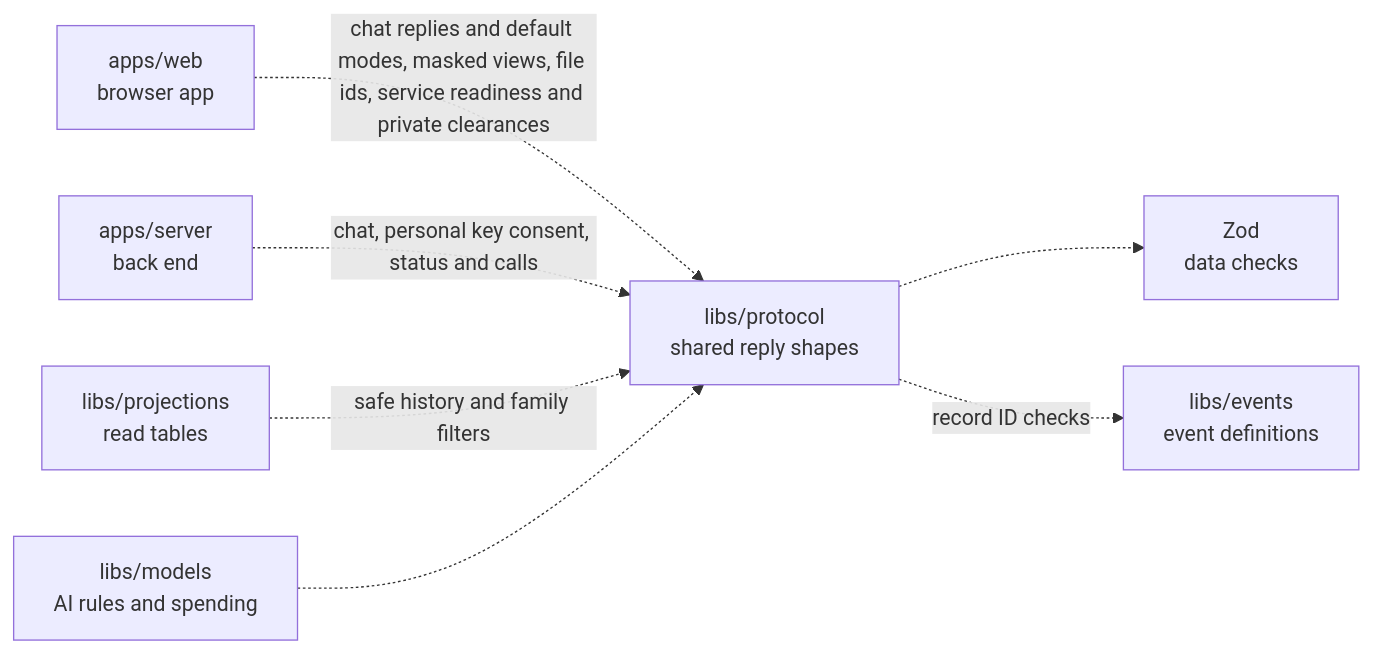
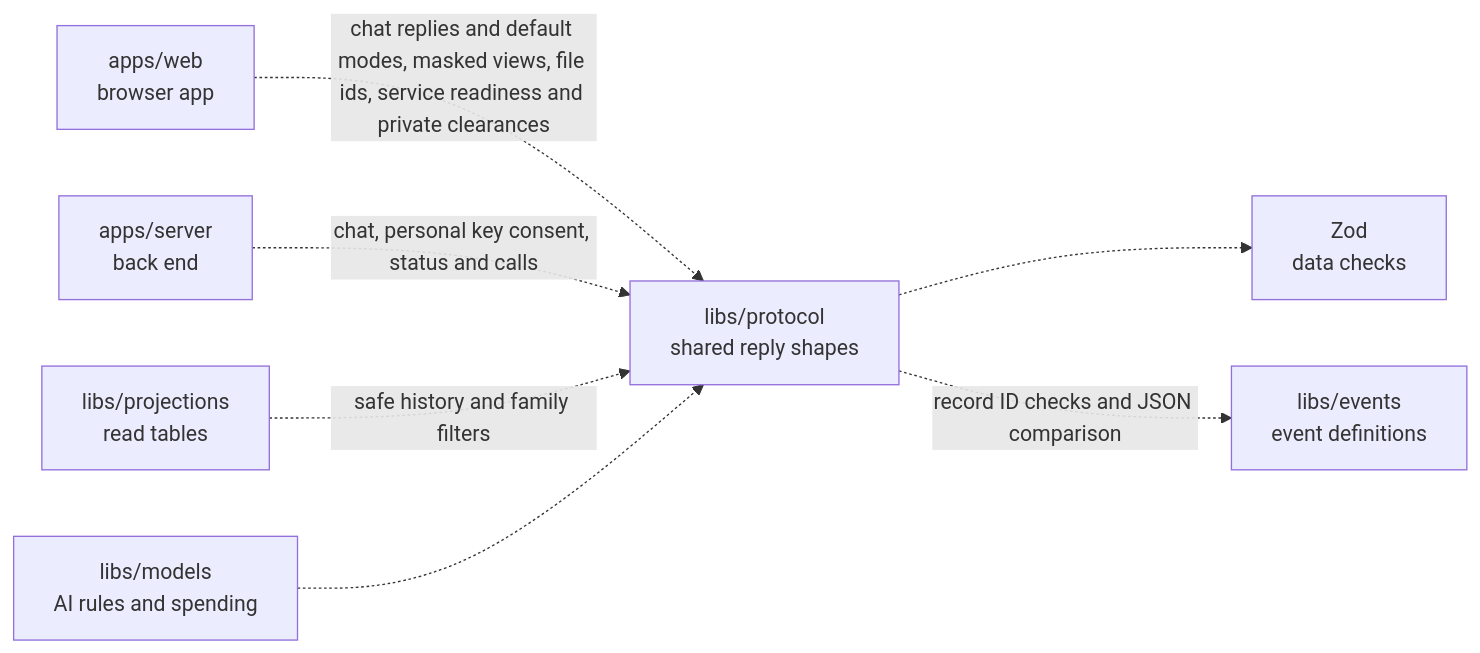
The diagram in libs/protocol/README.md (elewa-git/opencrane-new), drawn with Mermaid before and after one commit. The commit also changed other lines of this file and 2 other files, not shown here.

Commit message:
🌐 Export JSON comparison through browser contracts

````diff
--- a/libs/protocol/README.md
+++ b/libs/protocol/README.md
@@ -52,9 +52,9 @@
 ```mermaid
 flowchart LR
   web["apps/web<br/>browser app"] -.->|chat replies and default modes, masked views, file ids, service readiness and private clearances| protocol["libs/protocol<br/>shared reply shapes"]
   server["apps/server<br/>back end"] -.->|chat, personal key consent, status and calls| protocol
   projections["libs/projections<br/>read tables"] -.->|safe history and family filters| protocol
   models["libs/models<br/>AI rules and spending"] -.-> protocol
   protocol -.-> zod["Zod<br/>data checks"]
-  protocol -.->|record ID checks| events["libs/events<br/>event definitions"]
+  protocol -.->|record ID checks and JSON comparison| events["libs/events<br/>event definitions"]
 ```
````
